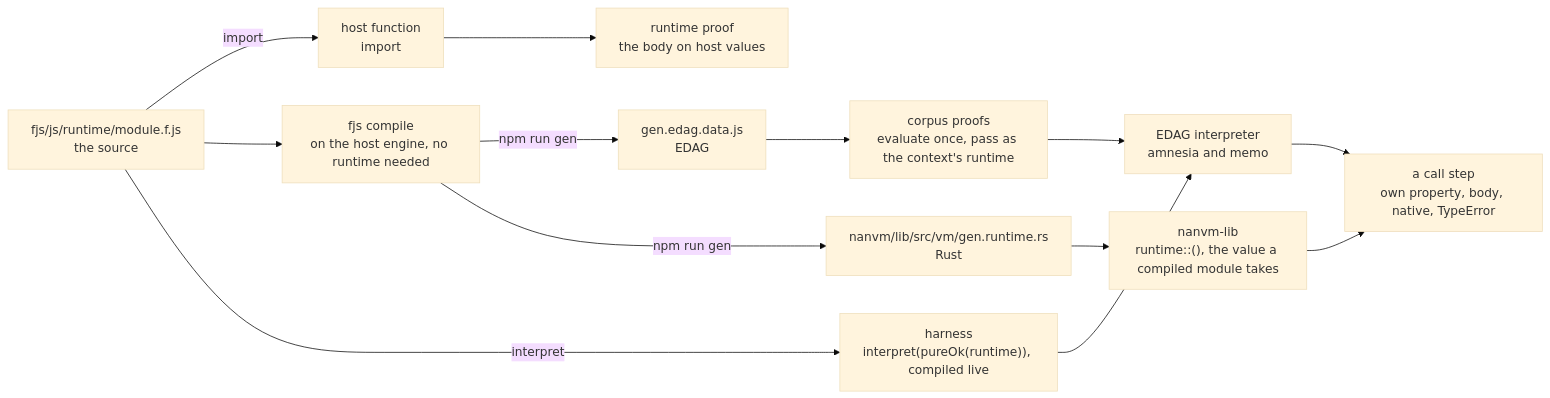
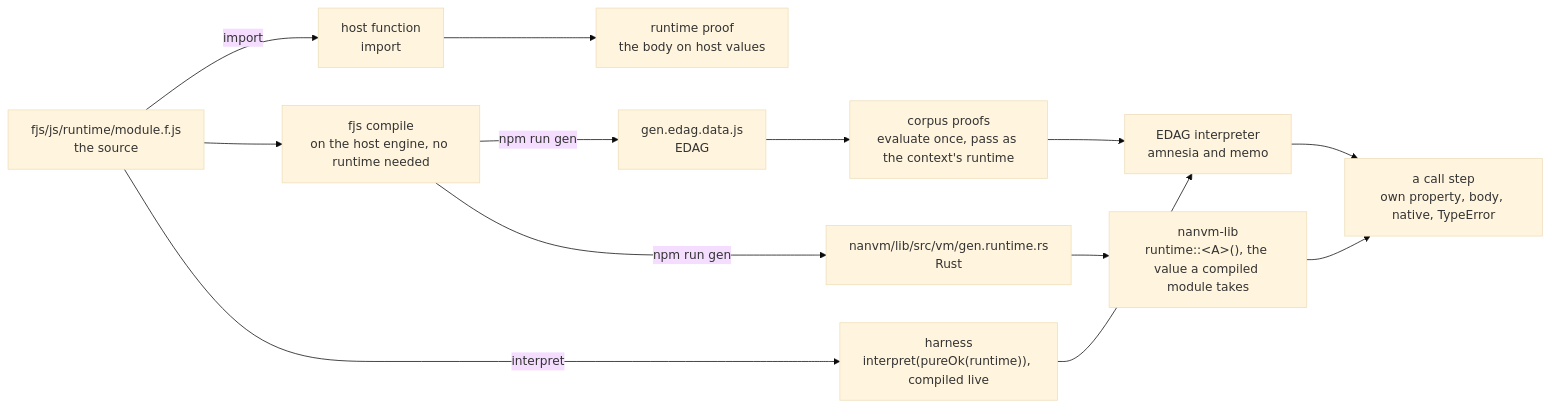
One commit to functionalscript/functionalscript changed the first of 2 diagrams in fjs/js/runtime/README.md. Above: the diagram before and after it, drawn with Mermaid (base theme). The commit also changed 3 other files, not shown here.

First line of the commit message:
media/mermaid: read entity codes in a label

````diff
--- a/fjs/js/runtime/README.md
+++ b/fjs/js/runtime/README.md
@@ -140,21 +140,21 @@
 ```mermaid
 flowchart LR
     src["fjs/js/runtime/module.f.js<br/>the source"]
     compiler["fjs compile<br/>on the host engine, no runtime needed"]
     host["host function<br/>import"]
     edag["gen.edag.data.js<br/>EDAG"]
     rust["nanvm/lib/src/vm/gen.runtime.rs<br/>Rust"]
     proof["runtime proof<br/>the body on host values"]
     corpus["corpus proofs<br/>evaluate once, pass as the context's runtime"]
     harness["harness<br/>interpret(pureOk(runtime)), compiled live"]
     interpreter["EDAG interpreter<br/>amnesia and memo"]
-    naive["nanvm-lib<br/>runtime::<A>(), the value a compiled module takes"]
+    naive["nanvm-lib<br/>runtime::#lt;A#gt;(), the value a compiled module takes"]
     step["a call step<br/>own property, body, native, TypeError"]
     src -->|import| host --> proof
     src --> compiler
     compiler -->|npm run gen| edag --> corpus --> interpreter
     src -->|interpret| harness --> interpreter
     compiler -->|npm run gen| rust --> naive
     interpreter --> step
     naive --> step
 ```
````
